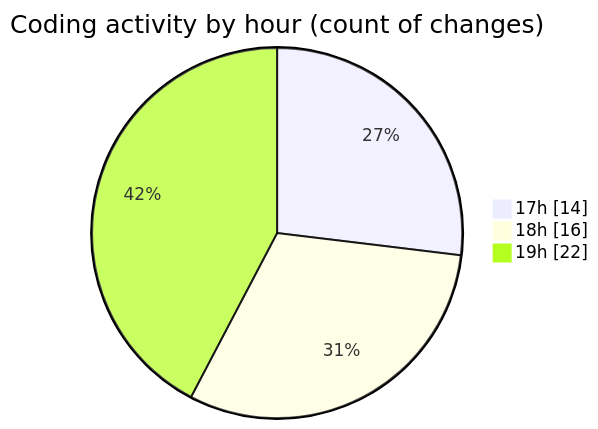
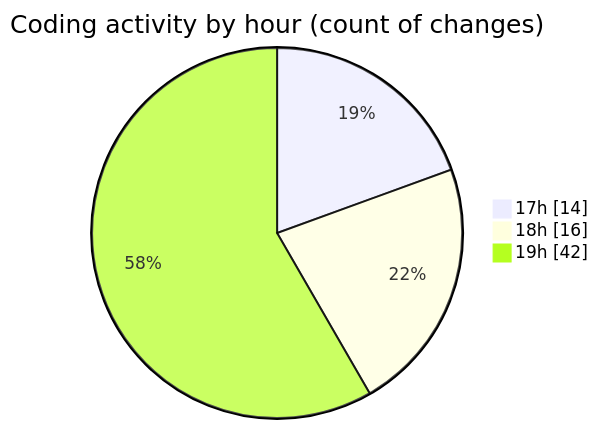
The second of 2 diagrams in 2025-05-01/jmasm/README.md (charlie-sans/code-tracking), drawn with Mermaid before and after one commit. The commit also changed other lines of this file and 1 other file, not shown here.

````diff
--- a/2025-05-01/jmasm/README.md
+++ b/2025-05-01/jmasm/README.md
@@ -39,7 +45,7 @@
 ```mermaid
 pie showData
 title Coding activity by hour (count of changes)
 "17h" : 14
 "18h" : 16
-"19h" : 22
+"19h" : 42
 ```
````
